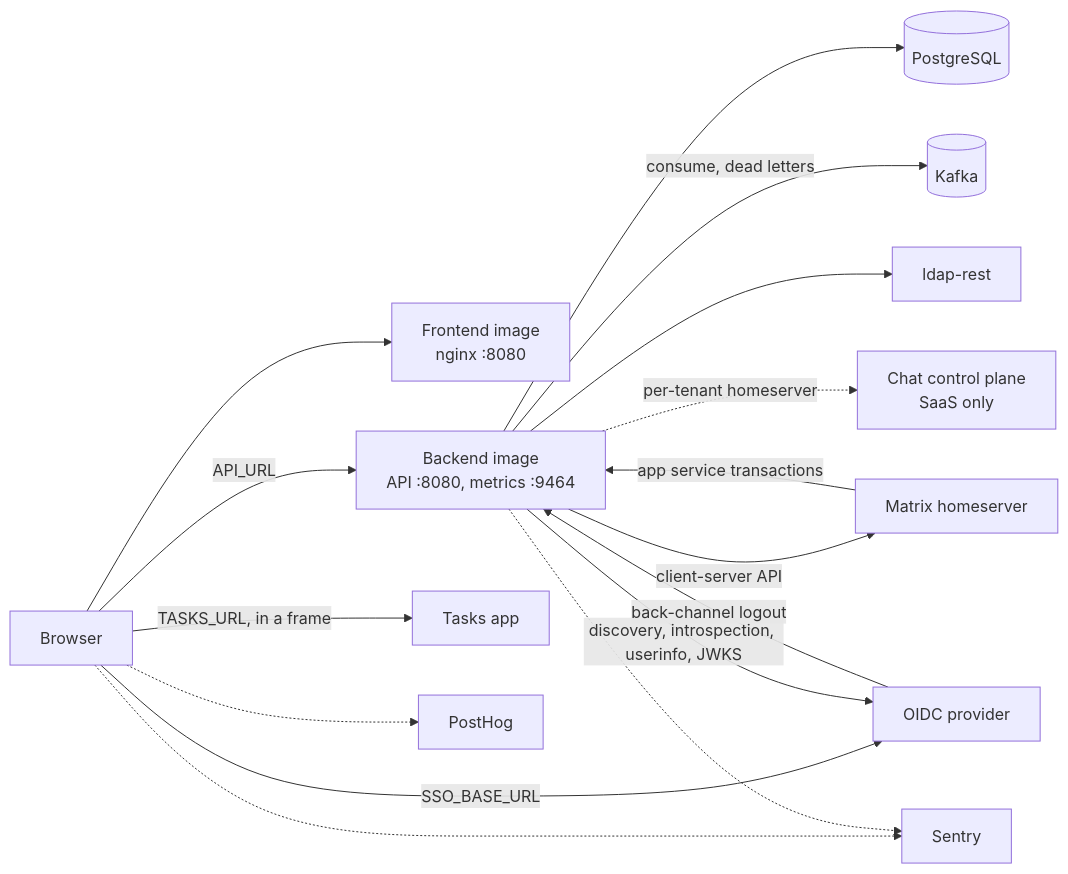
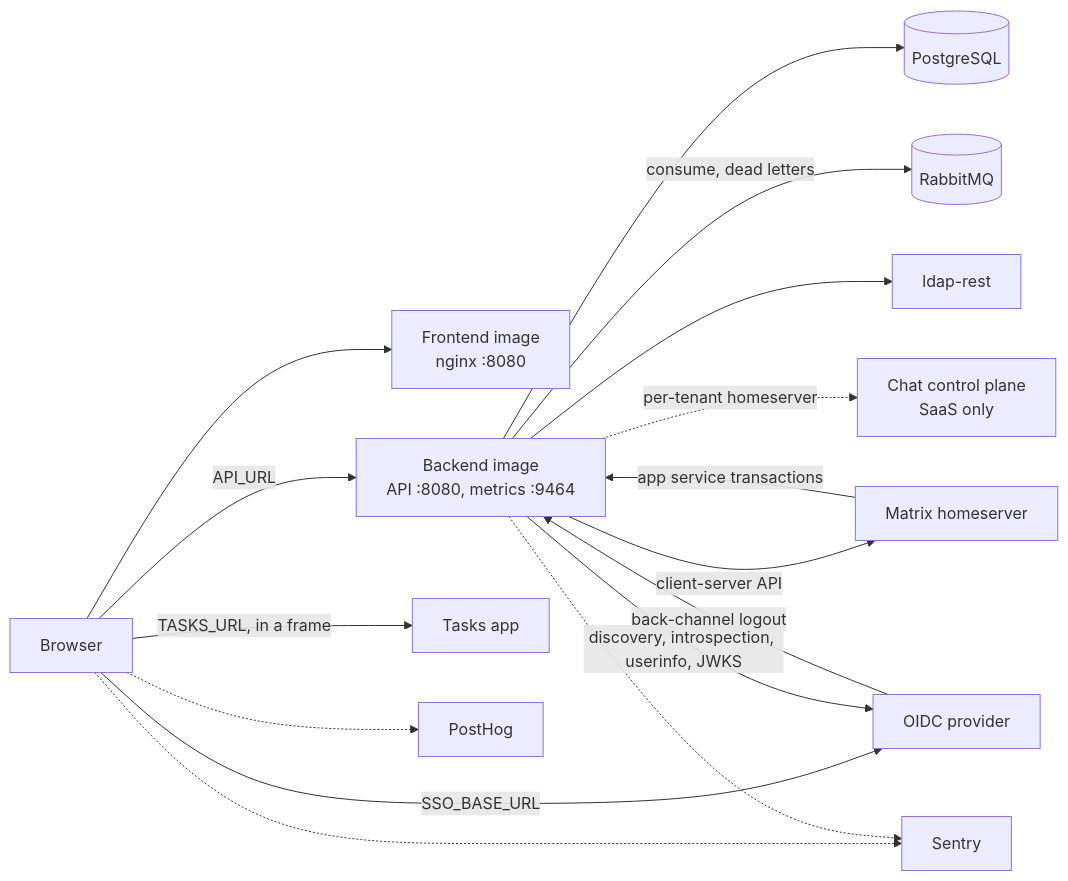
Before and after one commit to linagora/twake-space: the diagram in docs/deploy.md, drawn with Mermaid. The commit also changed other lines of this file and 4 other files, not shown here.

````diff
--- a/docs/deploy.md
+++ b/docs/deploy.md
@@ -10,31 +10,31 @@
 ```mermaid
 flowchart LR
   browser[Browser]
   fe[Frontend image<br/>nginx :8080]
   be[Backend image<br/>API :8080, metrics :9464]
   pg[(PostgreSQL)]
-  kafka[(Kafka)]
+  rabbitmq[(RabbitMQ)]
   ldap[ldap-rest]
   oidc[OIDC provider]
   hs[Matrix homeserver]
   cp[Chat control plane<br/>SaaS only]
   tasks[Tasks app]
   sentry[Sentry]
   posthog[PostHog]
 
   browser --> fe
   browser -->|API_URL| be
   browser -->|SSO_BASE_URL| oidc
   browser -->|TASKS_URL, in a frame| tasks
   browser -.-> sentry
   browser -.-> posthog
   be --> pg
-  be -->|consume, dead letters| kafka
+  be -->|consume, dead letters| rabbitmq
   be --> ldap
   be -->|discovery, introspection, userinfo, JWKS| oidc
   oidc -->|back-channel logout| be
   be -->|client-server API| hs
   hs -->|app service transactions| be
   be -.->|per-tenant homeserver| cp
   be -.-> sentry
 ```
````
